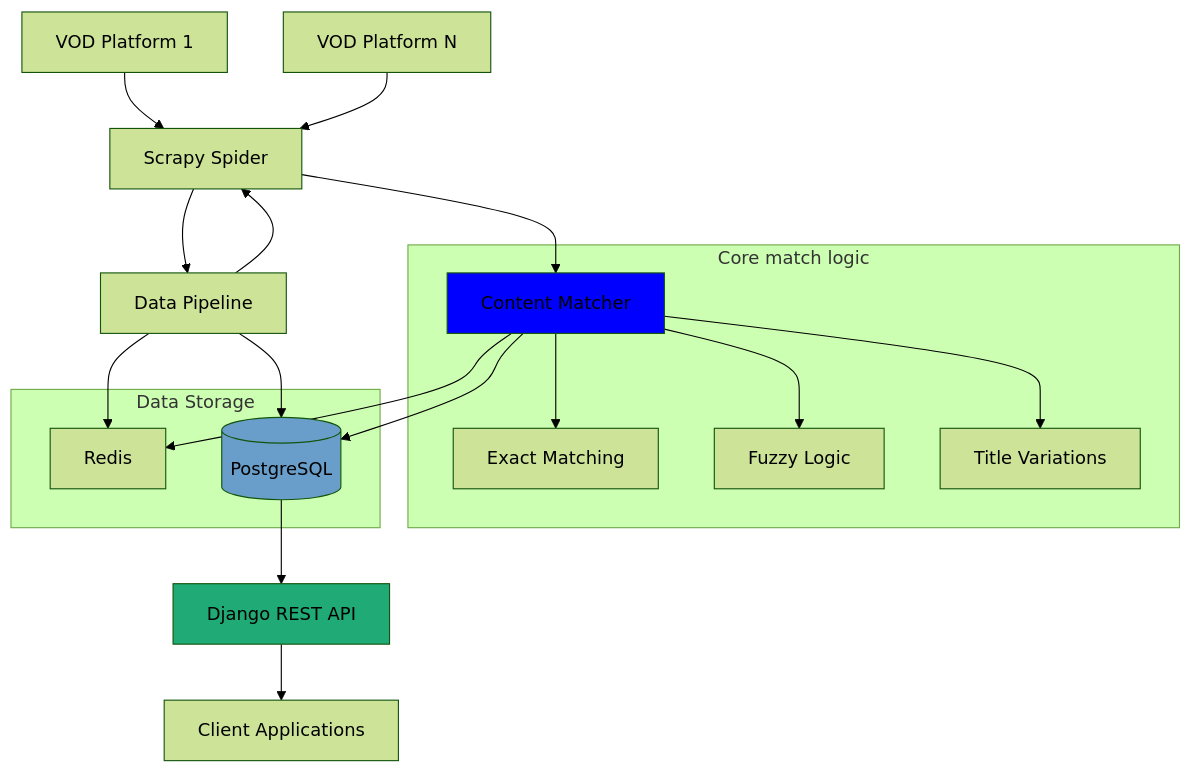
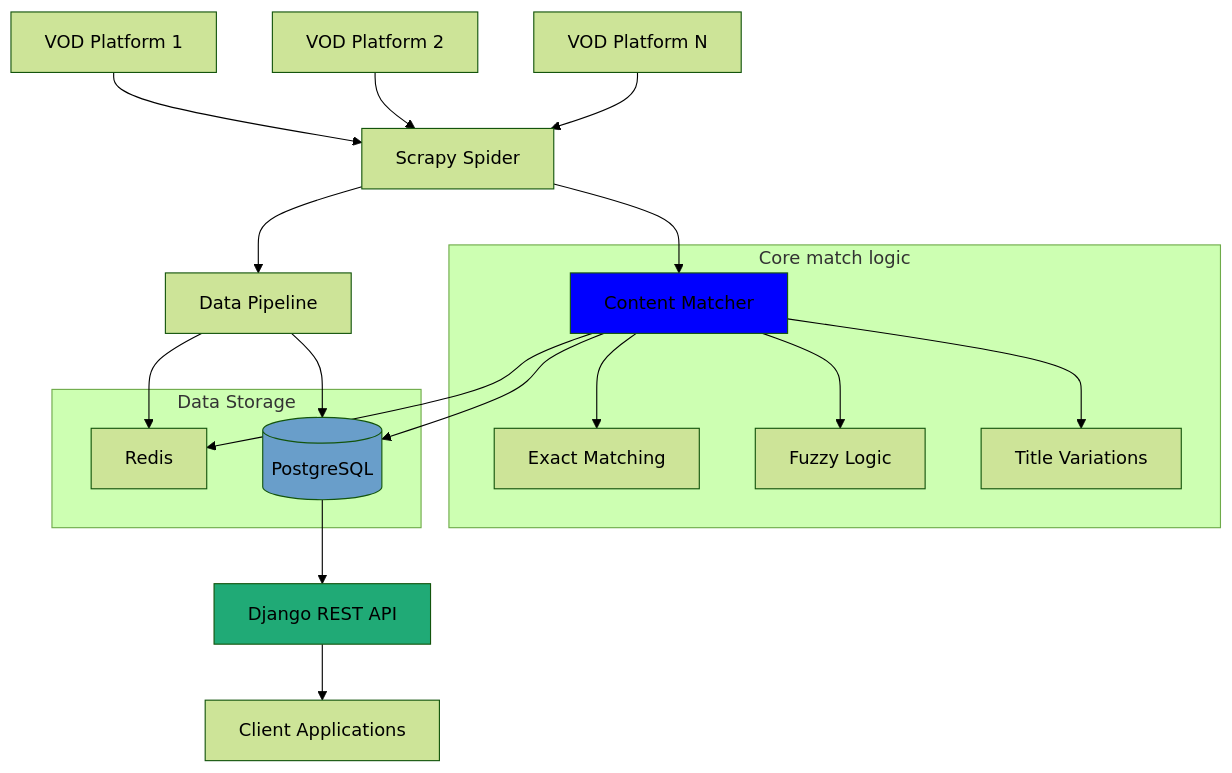
Before and after one commit to mo1ein/vod_scraper: the diagram in README.md, drawn with Mermaid (forest theme).

````diff
--- a/README.md
+++ b/README.md
@@ -8,32 +8,32 @@
 ```mermaid
 graph TB
     A[VOD Platform 1] --> B[Scrapy Spider]
-    C[VOD Platform 2] --> B
-    D[VOD Platform N] --> B
+    X[VOD Platform 2] --> B
+    Y[VOD Platform N] --> B
     
     B --> F[Content Matcher]
     F --> G[Redis]
     F --> PostgreSQL[(PostgreSQL)]
     B --> C[Data Pipeline]
     C[Data Pipeline] --> PostgreSQL[(PostgreSQL)]
     C[Data Pipeline] --> G[Redis]
 
 
     PostgreSQL[(PostgreSQL)] --> I[Django REST API]
     I --> J[Client Applications]
     
     subgraph "Core match logic"
         F --> K[Exact Matching]
         F --> L[Fuzzy Logic]
         F --> N[Title Variations]
     end
     
     subgraph "Data Storage"
         G
         PostgreSQL[(PostgreSQL)]
     end
     
     style F fill:blue
     style I fill:#20aa76
     style PostgreSQL fill:#699eca
 ```
````
